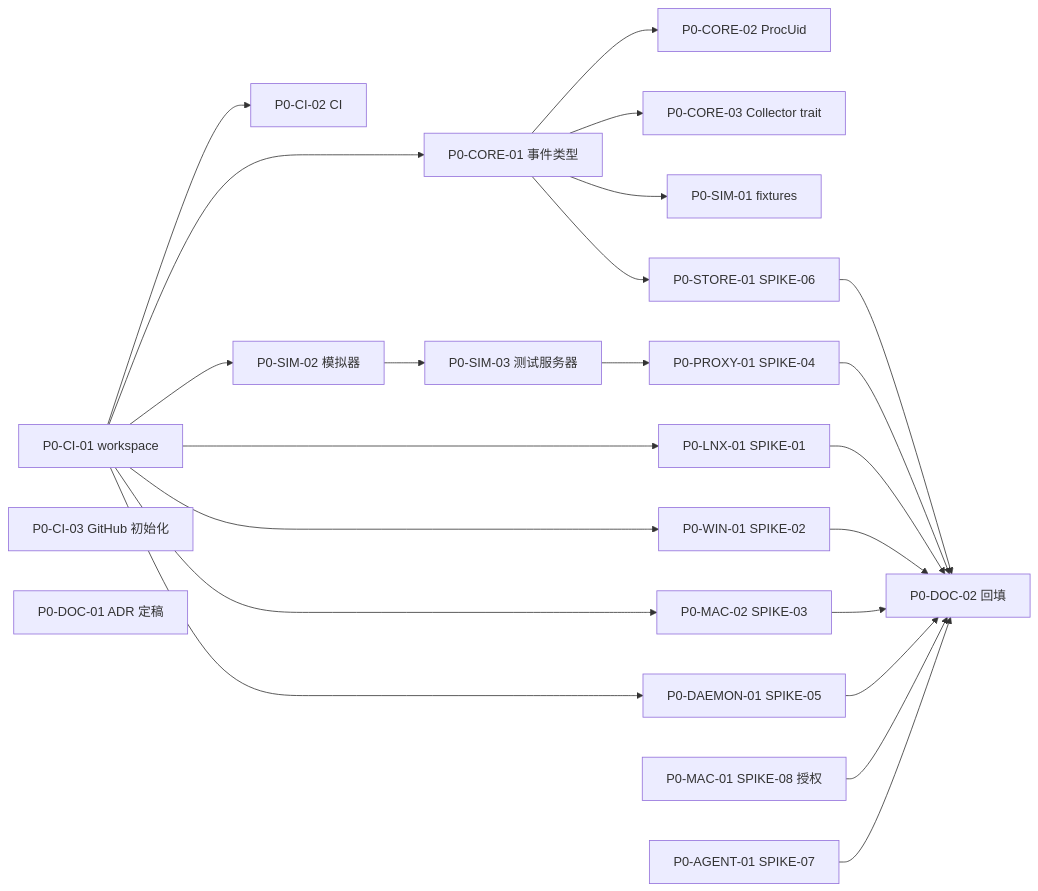
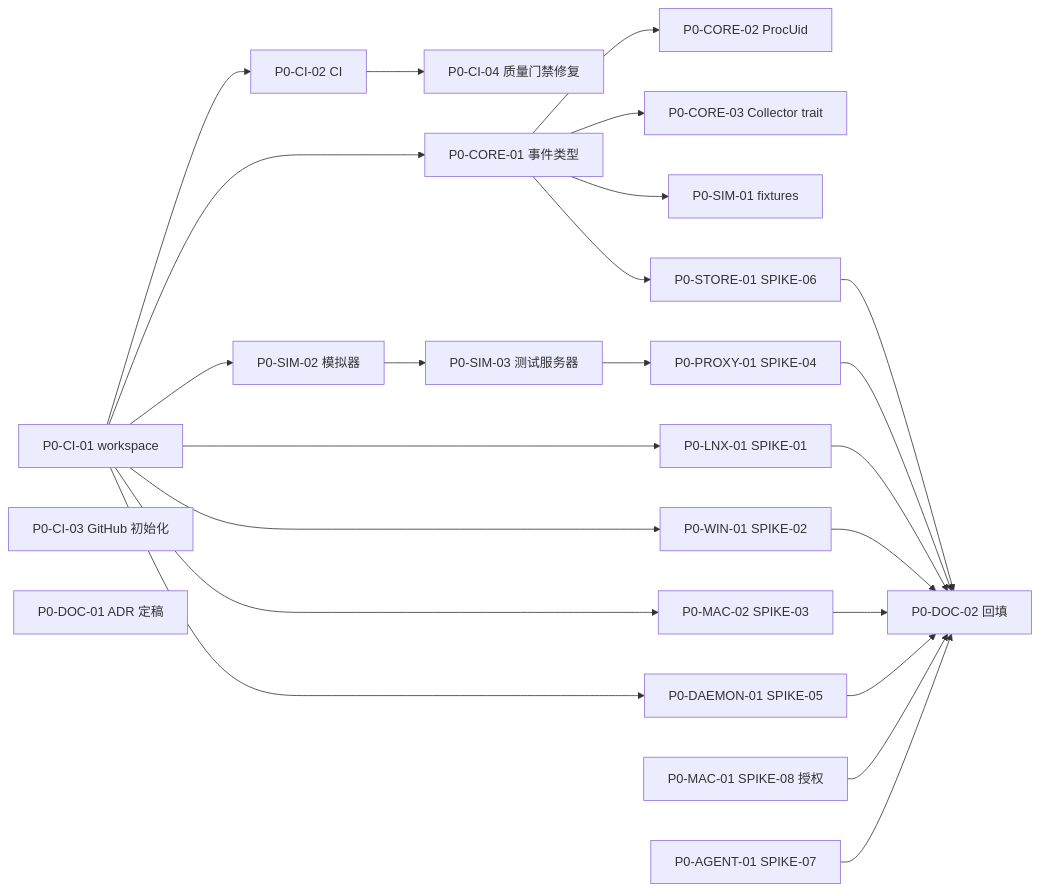
One commit to nicechencs/AgentWatch changed the diagram in docs/04-plan/tasks/P0-foundation.md. Above: the diagram before and after it, drawn with Mermaid. The commit also changed other lines of this file and 43 other files, not shown here.

````diff
--- a/docs/04-plan/tasks/P0-foundation.md
+++ b/docs/04-plan/tasks/P0-foundation.md
@@ -44,21 +45,22 @@
 ```mermaid
 flowchart LR
     CI01[P0-CI-01 workspace] --> CI02[P0-CI-02 CI]
+    CI02 --> CI04[P0-CI-04 质量门禁修复]
     CI01 --> CORE01[P0-CORE-01 事件类型]
     CORE01 --> CORE02[P0-CORE-02 ProcUid]
     CORE01 --> CORE03[P0-CORE-03 Collector trait]
     CORE01 --> SIM01[P0-SIM-01 fixtures]
     CORE01 --> STORE01[P0-STORE-01 SPIKE-06]
     CI01 --> SIM02[P0-SIM-02 模拟器]
     SIM02 --> SIM03[P0-SIM-03 测试服务器]
     SIM03 --> PROXY01[P0-PROXY-01 SPIKE-04]
     CI01 --> LNX01[P0-LNX-01 SPIKE-01]
     CI01 --> WIN01[P0-WIN-01 SPIKE-02]
     CI01 --> MAC02[P0-MAC-02 SPIKE-03]
     CI01 --> DAEMON01[P0-DAEMON-01 SPIKE-05]
     MAC01[P0-MAC-01 SPIKE-08 授权]
     AGENT01[P0-AGENT-01 SPIKE-07]
     CI03[P0-CI-03 GitHub 初始化]
     DOC01[P0-DOC-01 ADR 定稿]
     LNX01 & WIN01 & MAC02 & PROXY01 & DAEMON01 & STORE01 & AGENT01 & MAC01 --> DOC02[P0-DOC-02 回填]
 ```
````
